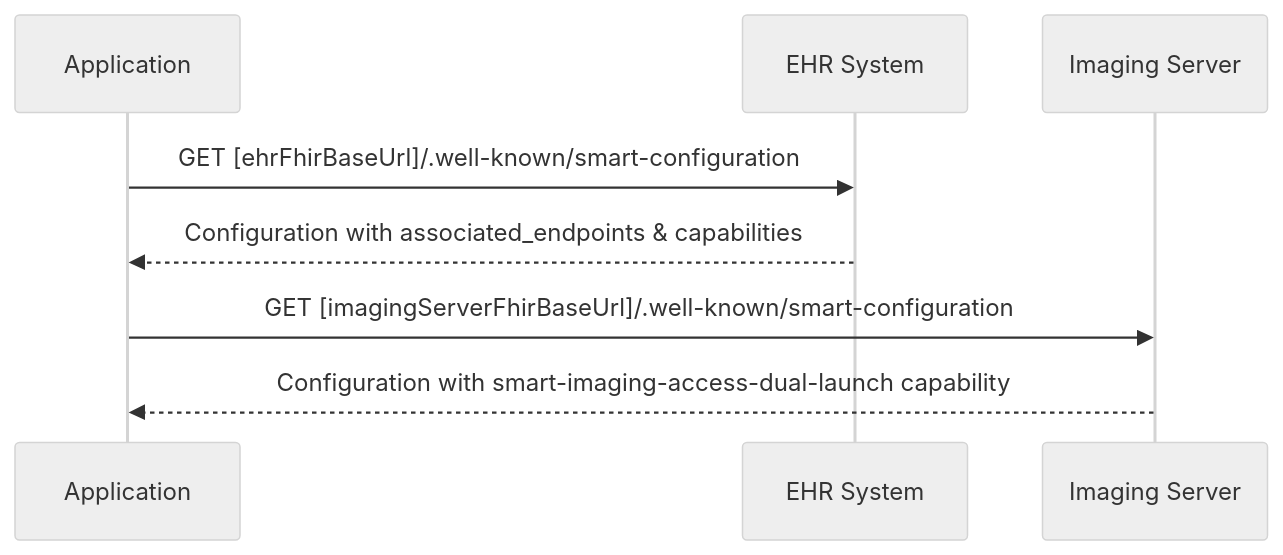
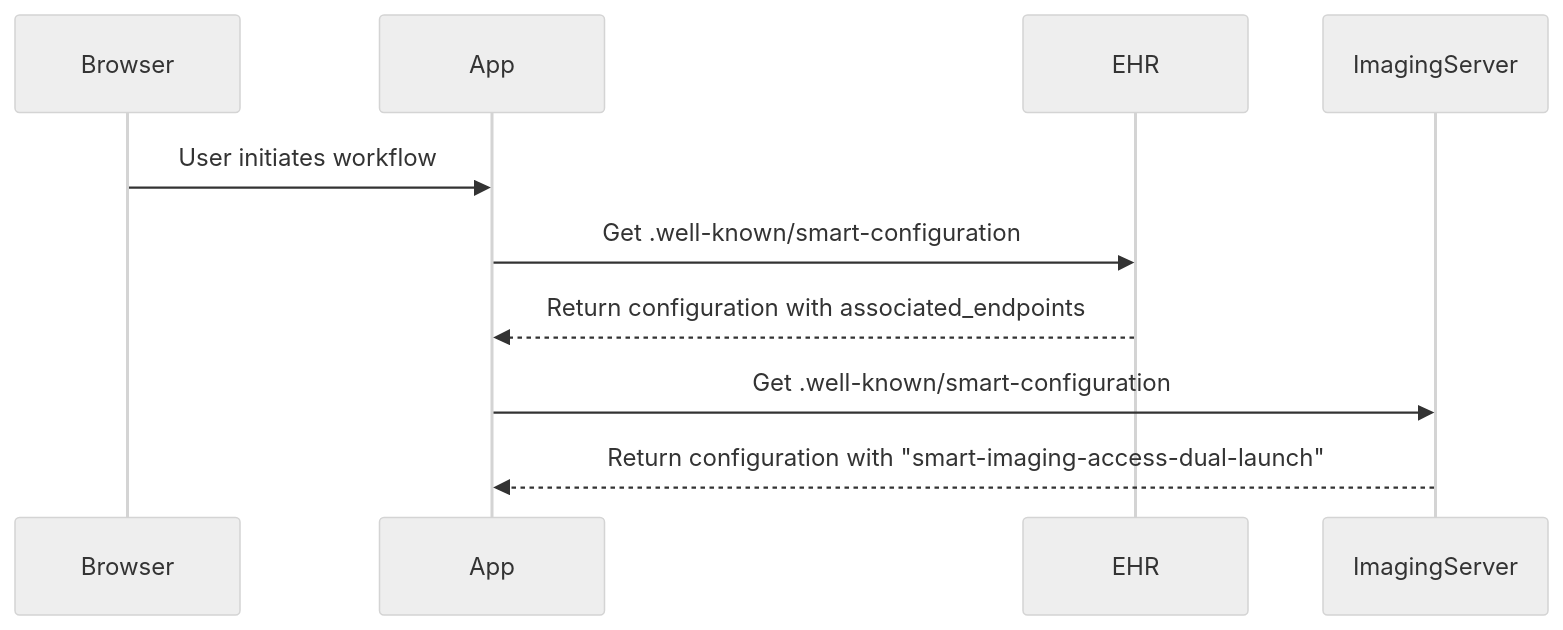
Before and after one commit to bvdh/smart-multi-auth: the first of 4 diagrams in input/pagecontent/solution-dual-smart-launch.md, drawn with Mermaid (neutral theme). The commit also changed other lines of this file, not shown here.

Commit message:
Refine sequence diagrams

````diff
--- a/input/pagecontent/solution-dual-smart-launch.md
+++ b/input/pagecontent/solution-dual-smart-launch.md
@@ -30,11 +30,13 @@
 ```mermaid
 sequenceDiagram
-    participant App as Application
-    participant EHR as EHR System
-    participant IS as Imaging Server
-    
-    App->>EHR: GET [ehrFhirBaseUrl]/.well-known/smart-configuration
-    EHR-->>App: Configuration with associated_endpoints & capabilities
-    App->>IS: GET [imagingServerFhirBaseUrl]/.well-known/smart-configuration
-    IS-->>App: Configuration with smart-imaging-access-dual-launch capability
+    participant Browser
+    participant App
+    participant EHR
+    participant ImagingServer
+
+    Browser->>App: User initiates workflow
+    App->>EHR: Get .well-known/smart-configuration
+    EHR-->>App: Return configuration with associated_endpoints
+    App->>ImagingServer: Get .well-known/smart-configuration
+    ImagingServer-->>App: Return configuration with "smart-imaging-access-dual-launch"
 ```
````
